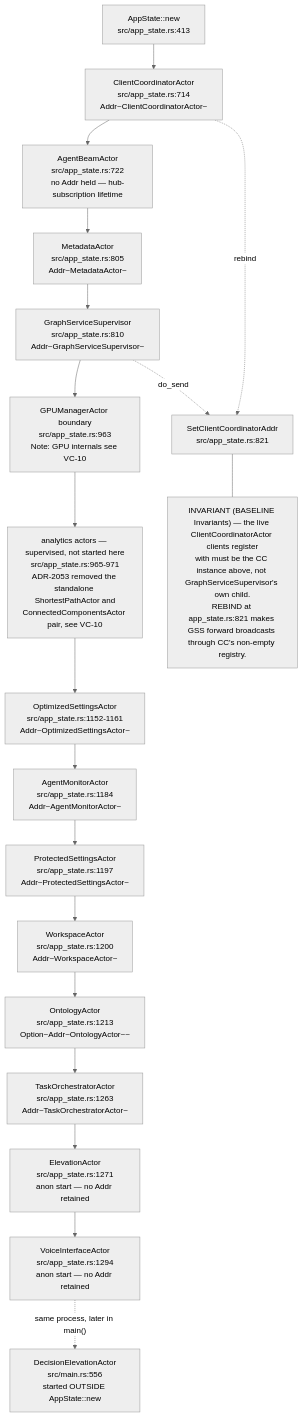
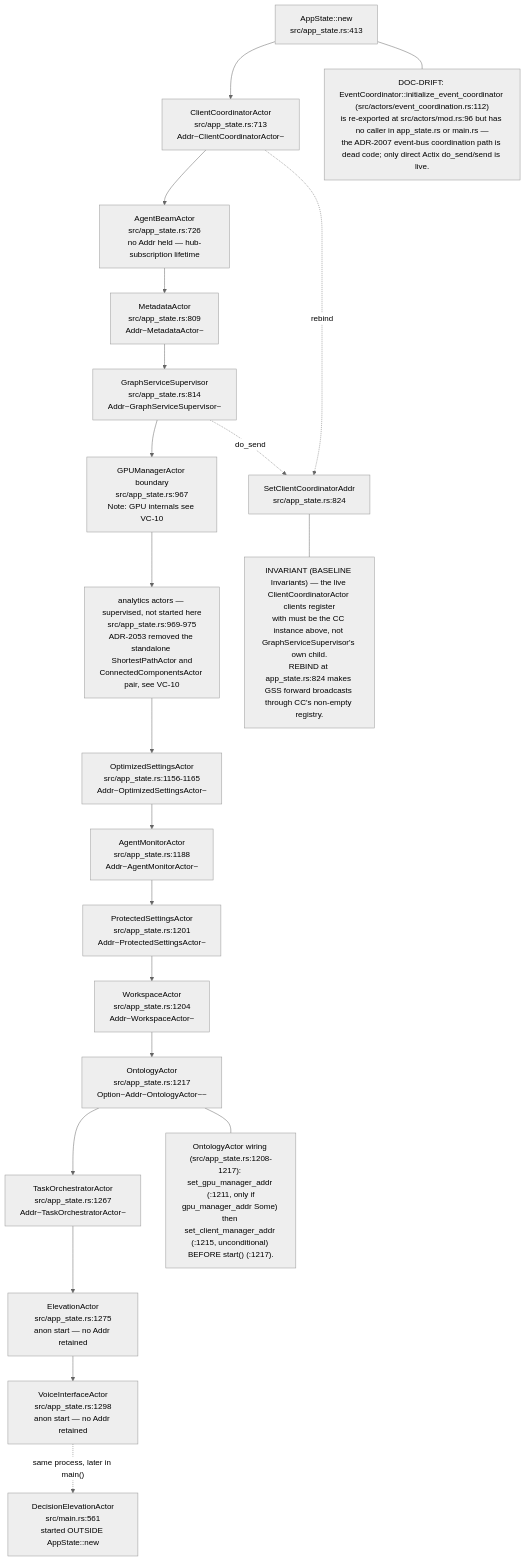
One commit to DreamLab-AI/VisionFlow changed the first of 14 diagrams in docs/diagrams/visionclaw/02-actor-supervision.md. Above: the diagram before and after it, drawn with Mermaid (neutral theme). The commit also changed other lines of this file and 136 other files, not shown here.

First line of the commit message:
docs(diagrams): refresh the whole corpus to code HEAD and prune low-value diagrams

````diff
--- a/docs/diagrams/visionclaw/02-actor-supervision.md
+++ b/docs/diagrams/visionclaw/02-actor-supervision.md
@@ -40,41 +34,45 @@
 ```mermaid
 flowchart TB
     APP["AppState::new<br/>src/app_state.rs:413"]
-    CC["ClientCoordinatorActor<br/>src/app_state.rs:714<br/>Addr~ClientCoordinatorActor~"]
-    AB["AgentBeamActor<br/>src/app_state.rs:722<br/>no Addr held — hub-subscription lifetime"]
-    MD["MetadataActor<br/>src/app_state.rs:805<br/>Addr~MetadataActor~"]
-    GSS["GraphServiceSupervisor<br/>src/app_state.rs:810<br/>Addr~GraphServiceSupervisor~"]
-    REBIND["SetClientCoordinatorAddr<br/>src/app_state.rs:821"]
-    GPU["GPUManagerActor boundary<br/>src/app_state.rs:963<br/>Note: GPU internals see VC-10"]
-    ANA["analytics actors — supervised, not started here<br/>src/app_state.rs:965-971<br/>ADR-2053 removed the standalone ShortestPathActor and<br/>ConnectedComponentsActor pair, see VC-10"]
-    SET["OptimizedSettingsActor<br/>src/app_state.rs:1152-1161<br/>Addr~OptimizedSettingsActor~"]
-    AM["AgentMonitorActor<br/>src/app_state.rs:1184<br/>Addr~AgentMonitorActor~"]
-    PS["ProtectedSettingsActor<br/>src/app_state.rs:1197<br/>Addr~ProtectedSettingsActor~"]
-    WS["WorkspaceActor<br/>src/app_state.rs:1200<br/>Addr~WorkspaceActor~"]
-    ONT["OntologyActor<br/>src/app_state.rs:1213<br/>Option~Addr~OntologyActor~~"]
-    TO["TaskOrchestratorActor<br/>src/app_state.rs:1263<br/>Addr~TaskOrchestratorActor~"]
-    EL["ElevationActor<br/>src/app_state.rs:1271<br/>anon start — no Addr retained"]
-    VI["VoiceInterfaceActor<br/>src/app_state.rs:1294<br/>anon start — no Addr retained"]
-    DE["DecisionElevationActor<br/>src/main.rs:556<br/>started OUTSIDE AppState::new"]
+    CC["ClientCoordinatorActor<br/>src/app_state.rs:713<br/>Addr~ClientCoordinatorActor~"]
+    AB["AgentBeamActor<br/>src/app_state.rs:726<br/>no Addr held — hub-subscription lifetime"]
+    MD["MetadataActor<br/>src/app_state.rs:809<br/>Addr~MetadataActor~"]
+    GSS["GraphServiceSupervisor<br/>src/app_state.rs:814<br/>Addr~GraphServiceSupervisor~"]
+    REBIND["SetClientCoordinatorAddr<br/>src/app_state.rs:824"]
+    GPU["GPUManagerActor boundary<br/>src/app_state.rs:967<br/>Note: GPU internals see VC-10"]
+    ANA["analytics actors — supervised, not started here<br/>src/app_state.rs:969-975<br/>ADR-2053 removed the standalone ShortestPathActor and<br/>ConnectedComponentsActor pair, see VC-10"]
+    SET["OptimizedSettingsActor<br/>src/app_state.rs:1156-1165<br/>Addr~OptimizedSettingsActor~"]
+    AM["AgentMonitorActor<br/>src/app_state.rs:1188<br/>Addr~AgentMonitorActor~"]
+    PS["ProtectedSettingsActor<br/>src/app_state.rs:1201<br/>Addr~ProtectedSettingsActor~"]
+    WS["WorkspaceActor<br/>src/app_state.rs:1204<br/>Addr~WorkspaceActor~"]
+    ONT["OntologyActor<br/>src/app_state.rs:1217<br/>Option~Addr~OntologyActor~~"]
+    TO["TaskOrchestratorActor<br/>src/app_state.rs:1267<br/>Addr~TaskOrchestratorActor~"]
+    EL["ElevationActor<br/>src/app_state.rs:1275<br/>anon start — no Addr retained"]
+    VI["VoiceInterfaceActor<br/>src/app_state.rs:1298<br/>anon start — no Addr retained"]
+    DE["DecisionElevationActor<br/>src/main.rs:561<br/>started OUTSIDE AppState::new"]
 
     APP --> CC
     CC --> AB
     CC -.->|"rebind"| REBIND
     AB --> MD
     MD --> GSS
     GSS -.->|"do_send"| REBIND
     GSS --> GPU
     GPU --> ANA
     ANA --> SET
     SET --> AM
     AM --> PS
     PS --> WS
     WS --> ONT
     ONT --> TO
     TO --> EL
     EL --> VI
     VI -.->|"same process, later in main()"| DE
 
-    N1["INVARIANT (BASELINE Invariants) — the live ClientCoordinatorActor clients register<br/>with must be the CC instance above, not GraphServiceSupervisor's own child.<br/>REBIND at app_state.rs:821 makes GSS forward broadcasts through CC's non-empty registry."]
+    N1["INVARIANT (BASELINE Invariants) — the live ClientCoordinatorActor clients register<br/>with must be the CC instance above, not GraphServiceSupervisor's own child.<br/>REBIND at app_state.rs:824 makes GSS forward broadcasts through CC's non-empty registry."]
     REBIND --- N1
+    N2["DOC-DRIFT: EventCoordinator::initialize_event_coordinator (src/actors/event_coordination.rs:112)<br/>is re-exported at src/actors/mod.rs:96 but has no caller in app_state.rs or main.rs —<br/>the ADR-2007 event-bus coordination path is dead code; only direct Actix do_send/send is live."]
+    APP --- N2
+    N3["OntologyActor wiring (src/app_state.rs:1208-1217): set_gpu_manager_addr (:1211, only if<br/>gpu_manager_addr Some) then set_client_manager_addr (:1215, unconditional) BEFORE start() (:1217)."]
+    ONT --- N3
 ```
````
